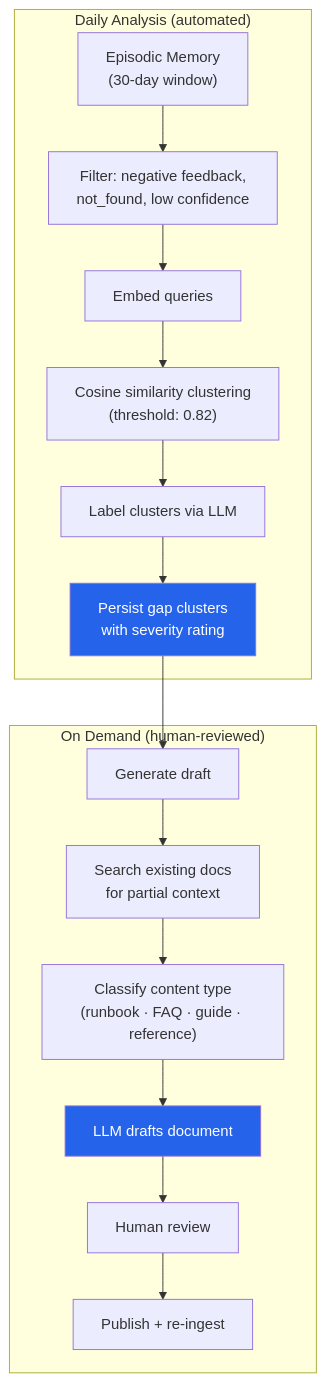
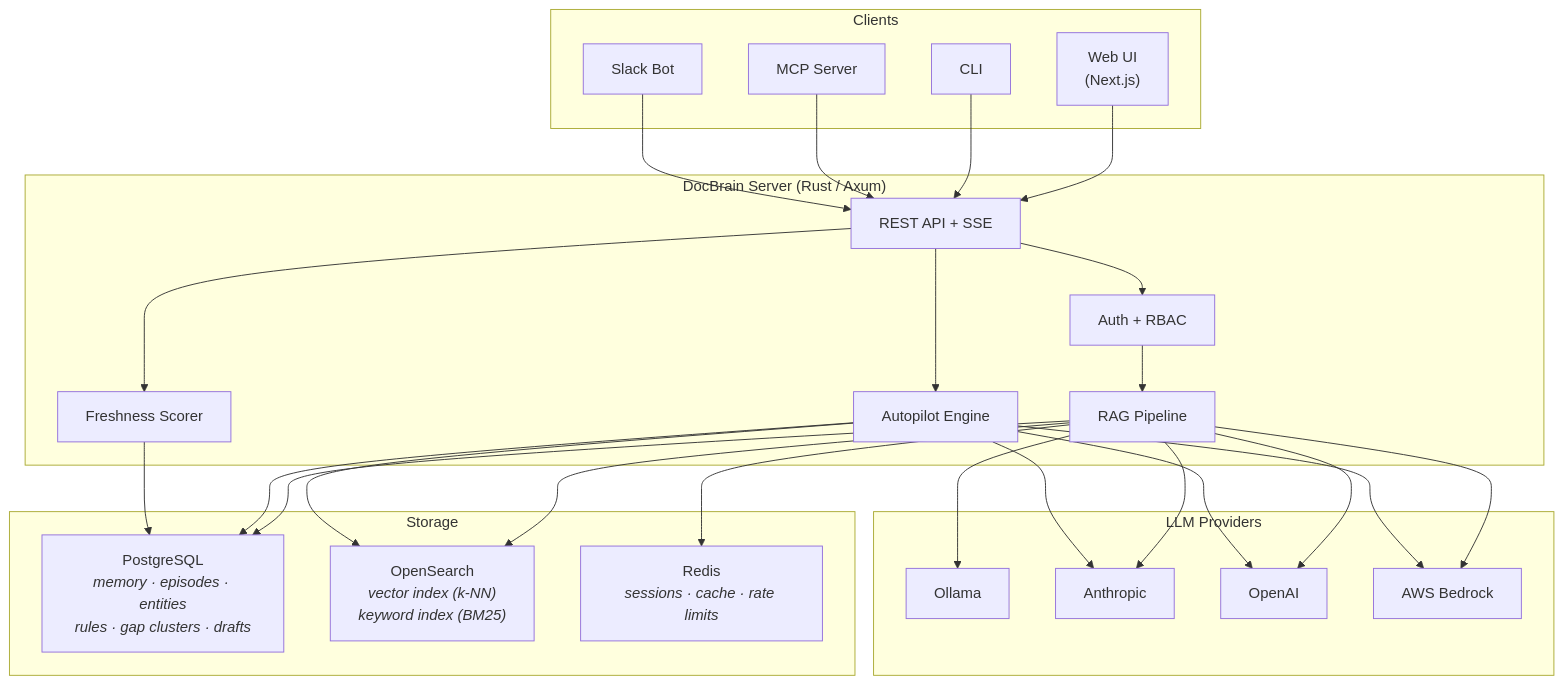
Before and after one commit to docbrain-ai/docbrain: the first of 2 diagrams in README.md, drawn with Mermaid. The commit also changed other lines of this file and 3 other files, not shown here.

````diff
--- a/README.md
+++ b/README.md
@@ -523,22 +119,40 @@
 ```mermaid
 graph TB
-    subgraph "Daily Analysis (automated)"
-        E["Episodic Memory<br/>(30-day window)"] --> F["Filter: negative feedback,<br/>not_found, low confidence"]
-        F --> EM["Embed queries"]
-        EM --> CL["Cosine similarity clustering<br/>(threshold: 0.82)"]
-        CL --> LB["Label clusters via LLM"]
-        LB --> DB["Persist gap clusters<br/>with severity rating"]
+    subgraph "Clients"
+        WEB["Web UI<br/>(Next.js)"]
+        CLI["CLI"]
+        MCP["MCP Server"]
+        SLACK["Slack Bot"]
     end
 
-    subgraph "On Demand (human-reviewed)"
-        DB --> GEN["Generate draft"]
-        GEN --> CTX["Search existing docs<br/>for partial context"]
-        CTX --> CLS["Classify content type<br/>(runbook · FAQ · guide · reference)"]
-        CLS --> DFT["LLM drafts document"]
-        DFT --> REV["Human review"]
-        REV --> PUB["Publish + re-ingest"]
+    subgraph "DocBrain Server (Rust / Axum)"
+        API["REST API + SSE"]
+        AUTH["Auth + RBAC"]
+        RAG["RAG Pipeline"]
+        AUTO["Autopilot Engine"]
+        FRESH["Freshness Scorer"]
     end
 
-    style DB fill:#2563eb,color:#fff
-    style DFT fill:#2563eb,color:#fff
+    subgraph "Storage"
+        PG["PostgreSQL<br/><i>memory · episodes · entities<br/>rules · gap clusters · drafts</i>"]
+        OS["OpenSearch<br/><i>vector index (k-NN)<br/>keyword index (BM25)</i>"]
+        RD["Redis<br/><i>sessions · cache · rate limits</i>"]
+    end
+
+    subgraph "LLM Providers"
+        OL["Ollama"]
+        AN["Anthropic"]
+        OA["OpenAI"]
+        BR["AWS Bedrock"]
+    end
+
+    WEB & CLI & MCP & SLACK --> API
+    API --> AUTH --> RAG
+    API --> AUTO
+    API --> FRESH
+    RAG --> PG & OS & RD
+    RAG --> OL & AN & OA & BR
+    AUTO --> PG & OS
+    AUTO --> AN & OA & BR
+    FRESH --> PG
 ```
````
